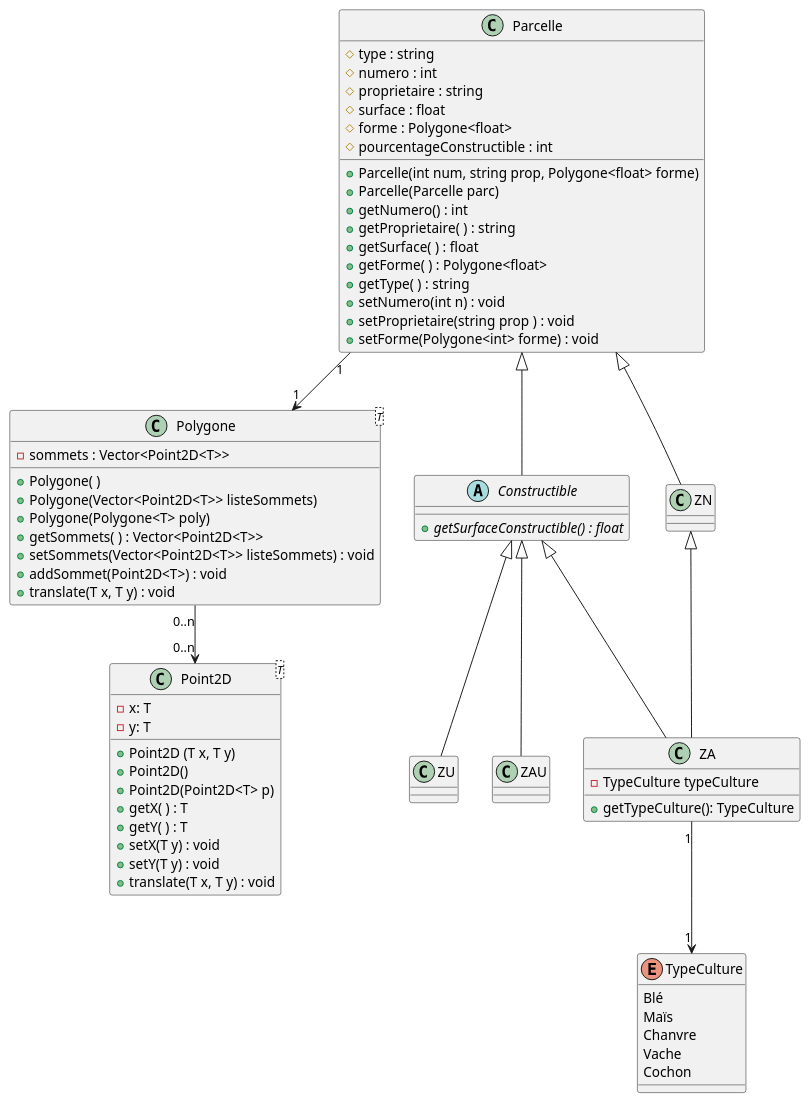
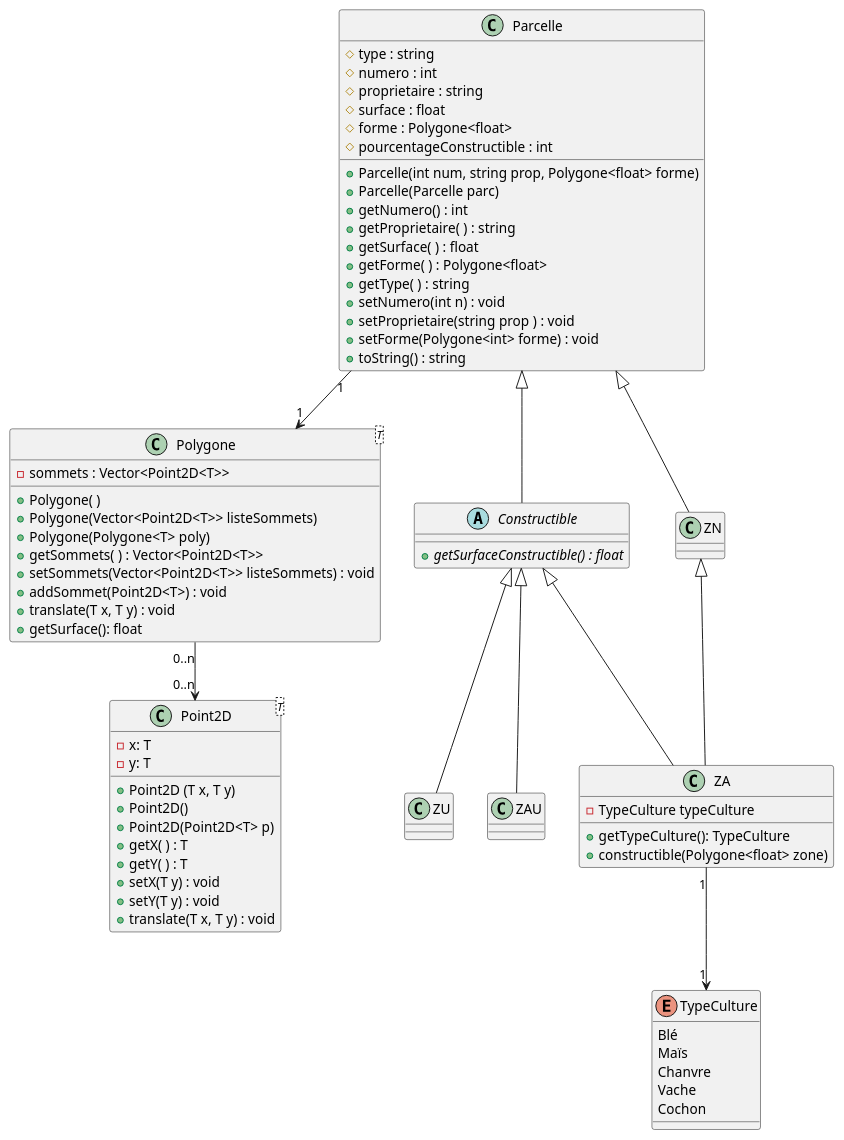
The diagram in doc/ClassDiagram.puml (ECN-SEC-SMP/tp4-not-damien_simon_titouan_louis), drawn with PlantUML before and after one commit.

Commit message:
[Doc] Update class diagram

```diff
--- a/doc/ClassDiagram.puml
+++ b/doc/ClassDiagram.puml
@@ -1,82 +1,85 @@
 @startuml Class Diagram
 
 class Point2D <T> {
     - x: T
     - y: T
 
     + Point2D (T x, T y)
     + Point2D()
     + Point2D(Point2D<T> p)
     + getX( ) : T
     + getY( ) : T
     + setX(T y) : void
     + setY(T y) : void
     + translate(T x, T y) : void
 }
 
 class Polygone <T> {
     - sommets : Vector<Point2D<T>>
 
     + Polygone( )
     + Polygone(Vector<Point2D<T>> listeSommets)
     + Polygone(Polygone<T> poly)
     + getSommets( ) : Vector<Point2D<T>>
     + setSommets(Vector<Point2D<T>> listeSommets) : void
     + addSommet(Point2D<T>) : void
     + translate(T x, T y) : void
+    + getSurface(): float
 }
 
 
 class Parcelle {
     # type : string
     # numero : int
     # proprietaire : string
     # surface : float
     # forme : Polygone<float>
     # pourcentageConstructible : int
 
     + Parcelle(int num, string prop, Polygone<float> forme)
     + Parcelle(Parcelle parc)
     + getNumero() : int
     + getProprietaire( ) : string
     + getSurface( ) : float
     + getForme( ) : Polygone<float>
     + getType( ) : string
     + setNumero(int n) : void
     + setProprietaire(string prop ) : void
     + setForme(Polygone<int> forme) : void
+    + toString() : string
 }
 
 abstract class Constructible extends Parcelle {
     {abstract} + getSurfaceConstructible() : float
 }
 
 class ZU extends Constructible {}
 
 class ZAU extends Constructible {}
 
 class ZN extends Parcelle {}
 
 class ZA extends ZN, Constructible {
     - TypeCulture typeCulture
     + getTypeCulture(): TypeCulture
+    + constructible(Polygone<float> zone)
 }
 
 enum TypeCulture {
     Blé
     Maïs
     Chanvre
     Vache
     Cochon
 }
 
 
 
 Polygone "0..n" --> "0..n" Point2D
 Parcelle "1" --> "1" Polygone
 
 ZA "1" --> "1" TypeCulture
 
 
 
 @enduml
```
